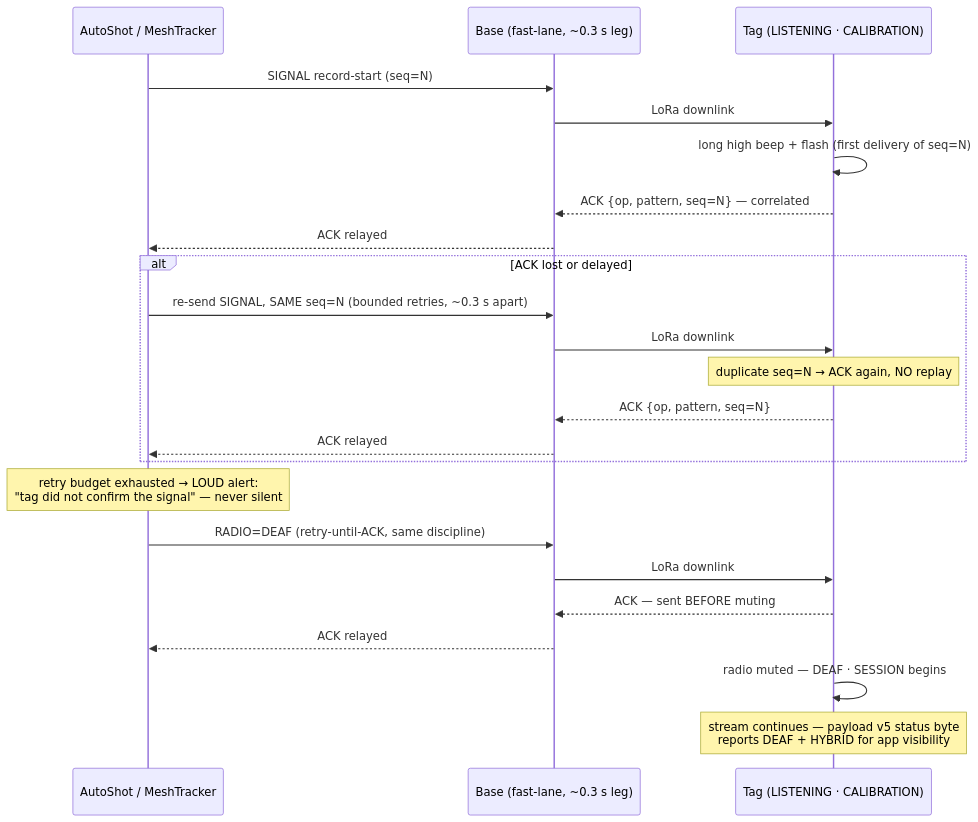
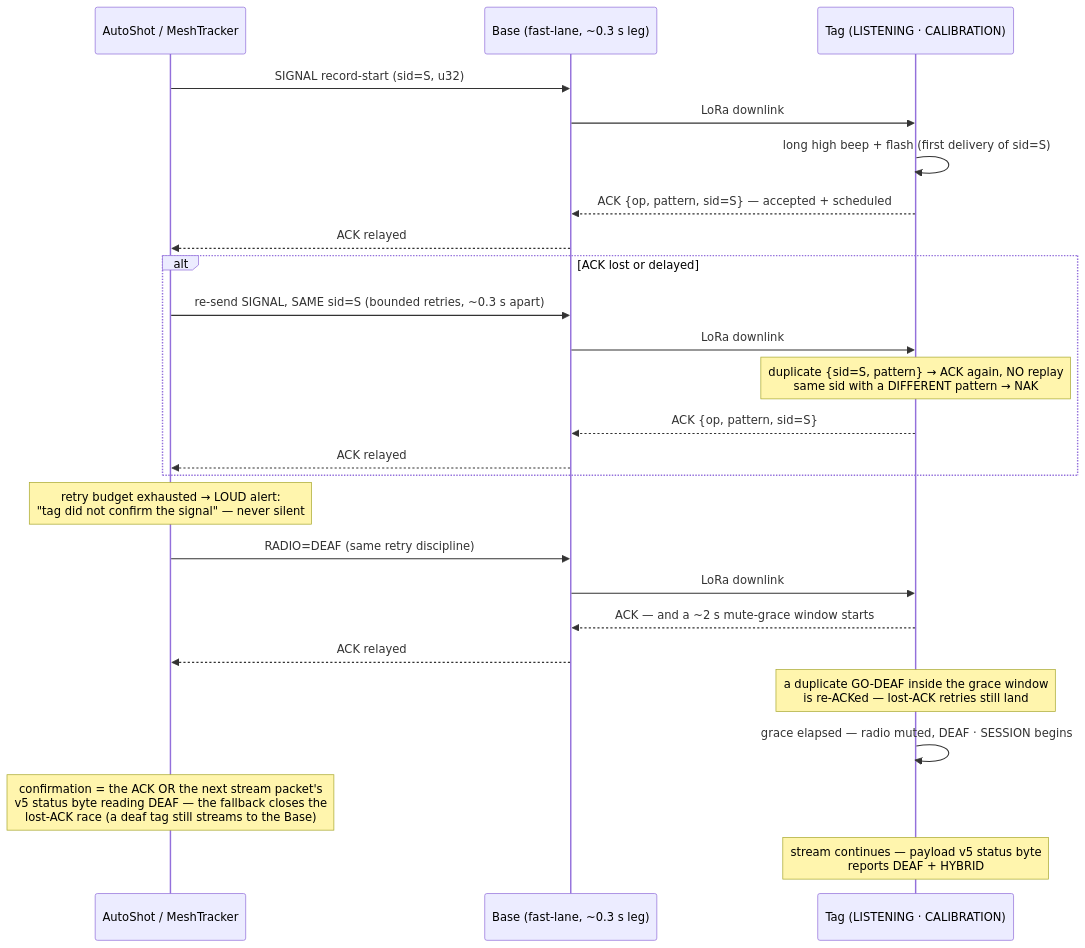
The fourth of 4 diagrams in docs/RADIO_STATES.md (s3ni0r/meshtastic-lora-bridge), drawn with Mermaid before and after one commit. The commit also changed other lines of this file and 2 other files, not shown here.

````diff
--- a/docs/RADIO_STATES.md
+++ b/docs/RADIO_STATES.md
@@ -124,29 +154,31 @@
 ```mermaid
 sequenceDiagram
     participant A as AutoShot / MeshTracker
     participant B as Base (fast-lane, ~0.3 s leg)
     participant T as Tag (LISTENING · CALIBRATION)
 
-    A->>B: SIGNAL record-start (seq=N)
+    A->>B: SIGNAL record-start (sid=S, u32)
     B->>T: LoRa downlink
-    T->>T: long high beep + flash (first delivery of seq=N)
-    T-->>B: ACK {op, pattern, seq=N} — correlated
+    T->>T: long high beep + flash (first delivery of sid=S)
+    T-->>B: ACK {op, pattern, sid=S} — accepted + scheduled
     B-->>A: ACK relayed
 
     alt ACK lost or delayed
-        A->>B: re-send SIGNAL, SAME seq=N (bounded retries, ~0.3 s apart)
+        A->>B: re-send SIGNAL, SAME sid=S (bounded retries, ~0.3 s apart)
         B->>T: LoRa downlink
-        Note over T: duplicate seq=N → ACK again, NO replay
-        T-->>B: ACK {op, pattern, seq=N}
+        Note over T: duplicate {sid=S, pattern} → ACK again, NO replay<br/>same sid with a DIFFERENT pattern → NAK
+        T-->>B: ACK {op, pattern, sid=S}
         B-->>A: ACK relayed
     end
 
     Note over A: retry budget exhausted → LOUD alert:<br/>"tag did not confirm the signal" — never silent
 
-    A->>B: RADIO=DEAF (retry-until-ACK, same discipline)
+    A->>B: RADIO=DEAF (same retry discipline)
     B->>T: LoRa downlink
-    T-->>B: ACK — sent BEFORE muting
+    T-->>B: ACK — and a ~2 s mute-grace window starts
     B-->>A: ACK relayed
-    T->>T: radio muted — DEAF · SESSION begins
-    Note over T: stream continues — payload v5 status byte<br/>reports DEAF + HYBRID for app visibility
+    Note over T: a duplicate GO-DEAF inside the grace window<br/>is re-ACKed — lost-ACK retries still land
+    T->>T: grace elapsed — radio muted, DEAF · SESSION begins
+    Note over A: confirmation = the ACK OR the next stream packet's<br/>v5 status byte reading DEAF — the fallback closes the<br/>lost-ACK race (a deaf tag still streams to the Base)
+    Note over T: stream continues — payload v5 status byte<br/>reports DEAF + HYBRID
 ```
````
